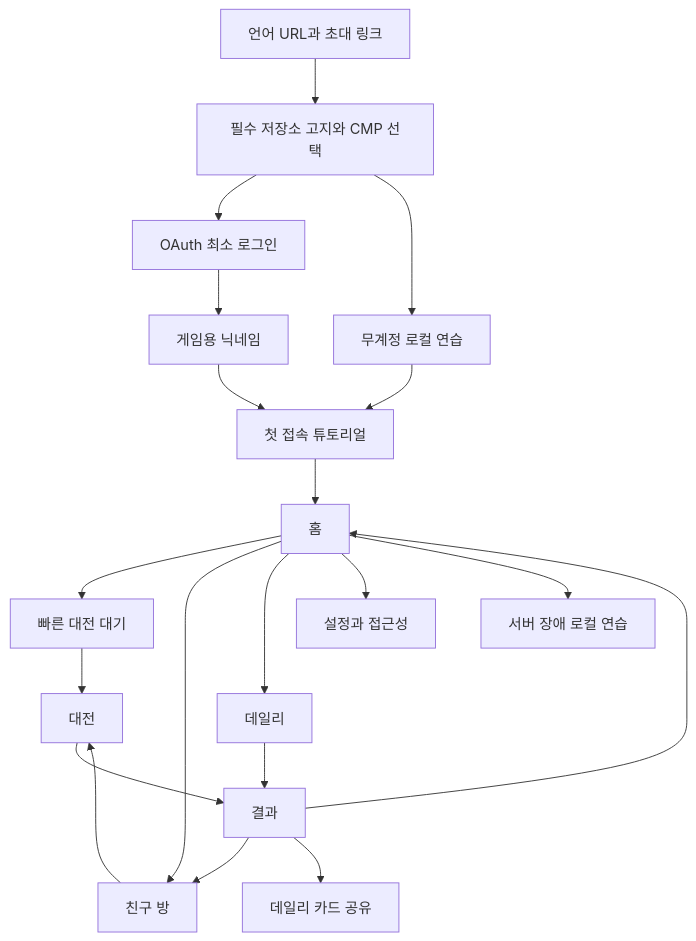
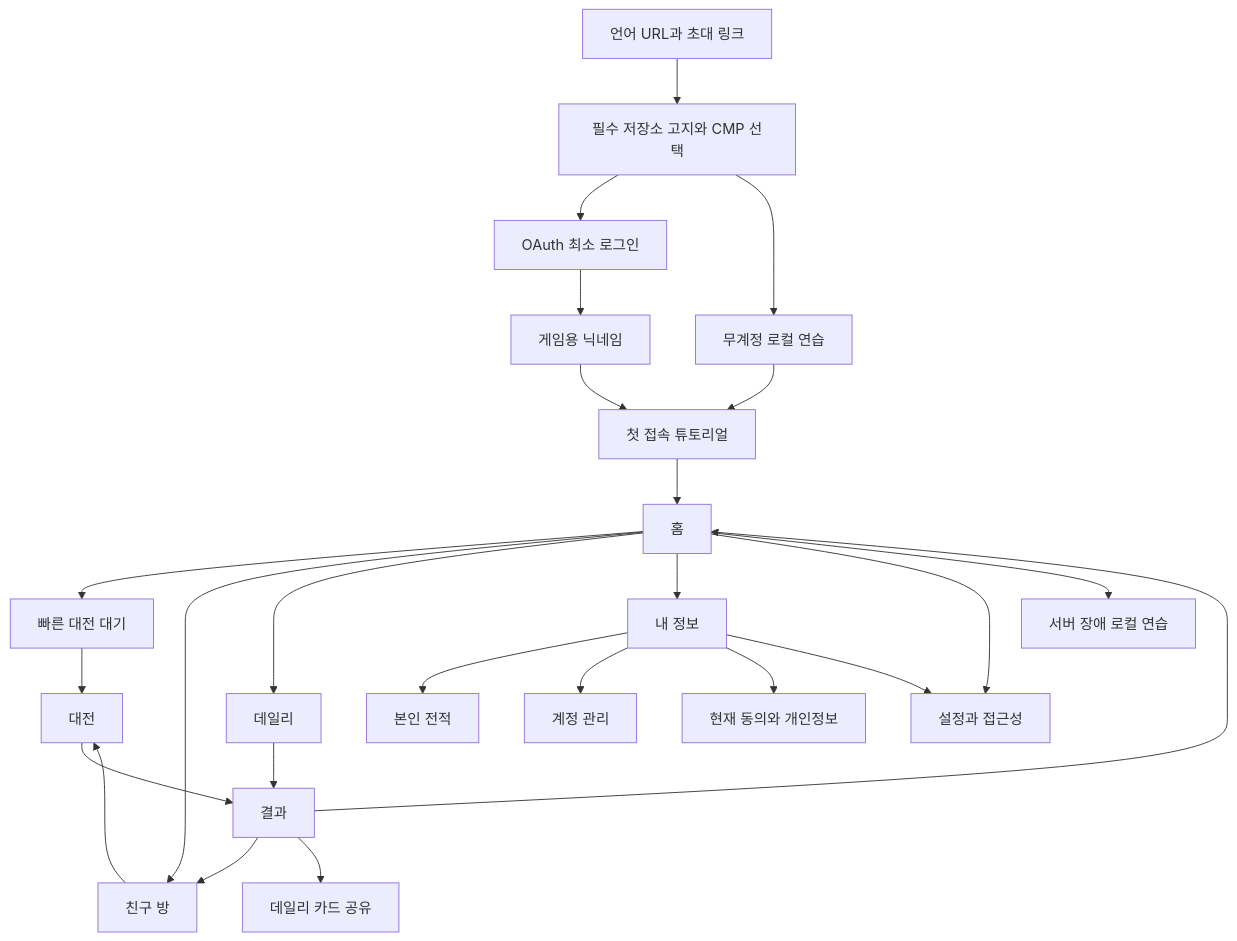
Before and after one commit to crystal23733/search-mine: the diagram in docs/design/09-screens-ux.md, drawn with Mermaid. The commit also changed other lines of this file and 25 other files, not shown here.

````diff
--- a/docs/design/09-screens-ux.md
+++ b/docs/design/09-screens-ux.md
@@ -13,22 +15,27 @@
 ```mermaid
 flowchart TD
   Entry[언어 URL과 초대 링크] --> Consent[필수 저장소 고지와 CMP 선택]
   Consent --> Auth[OAuth 최소 로그인]
   Consent --> Local[무계정 로컬 연습]
   Auth --> Nickname[게임용 닉네임]
   Nickname --> Tutorial[첫 접속 튜토리얼]
   Local --> Tutorial
   Tutorial --> Home[홈]
   Home --> Quick[빠른 대전 대기]
   Home --> Friend[친구 방]
   Home --> Daily[데일리]
-  Home --> Settings[설정과 접근성]
+  Home --> Me[내 정보]
+  Me --> History[본인 전적]
+  Me --> Account[계정 관리]
+  Me --> Privacy[현재 동의와 개인정보]
+  Me --> Settings[설정과 접근성]
+  Home --> Settings
   Quick --> Match[대전]
   Friend --> Match
   Match --> Result[결과]
   Daily --> Result
   Result --> Home
   Result --> Friend
   Result --> Share[데일리 카드 공유]
   Home --> Offline[서버 장애 로컬 연습]
 ```
````
